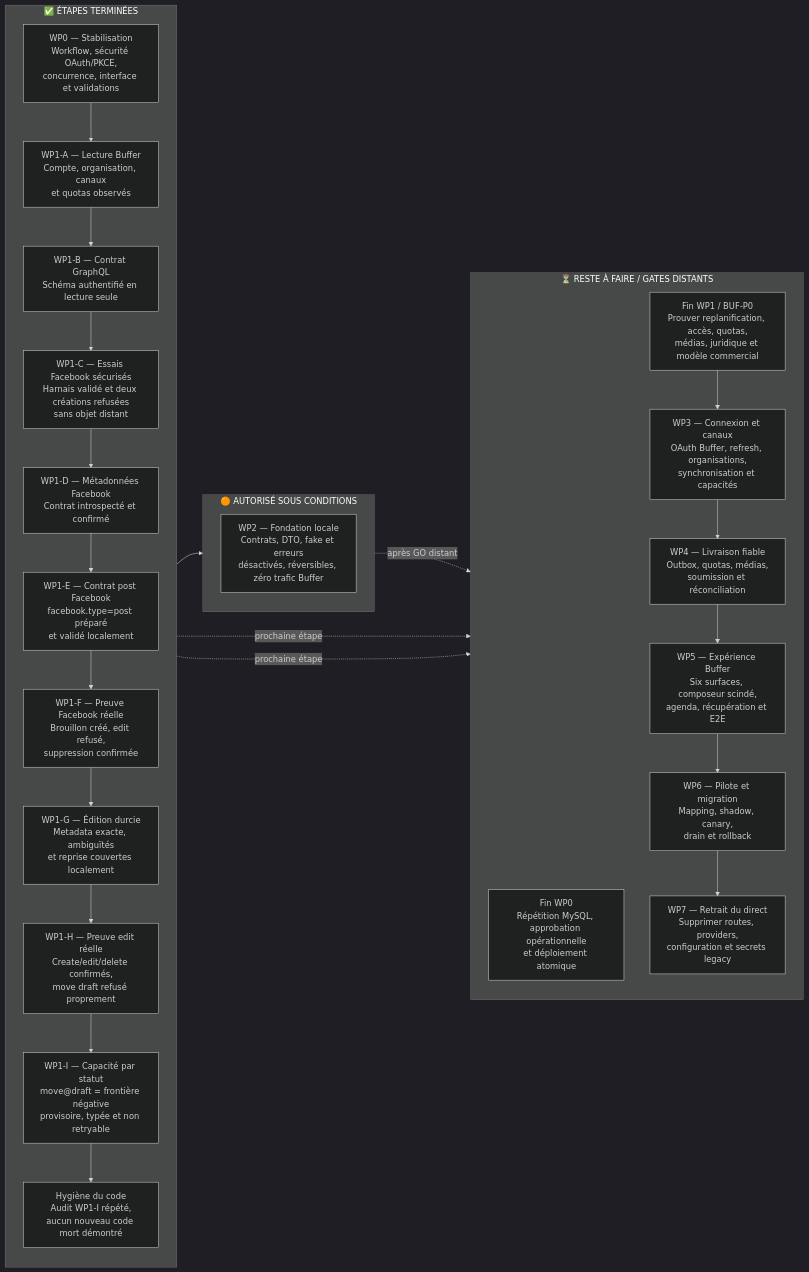
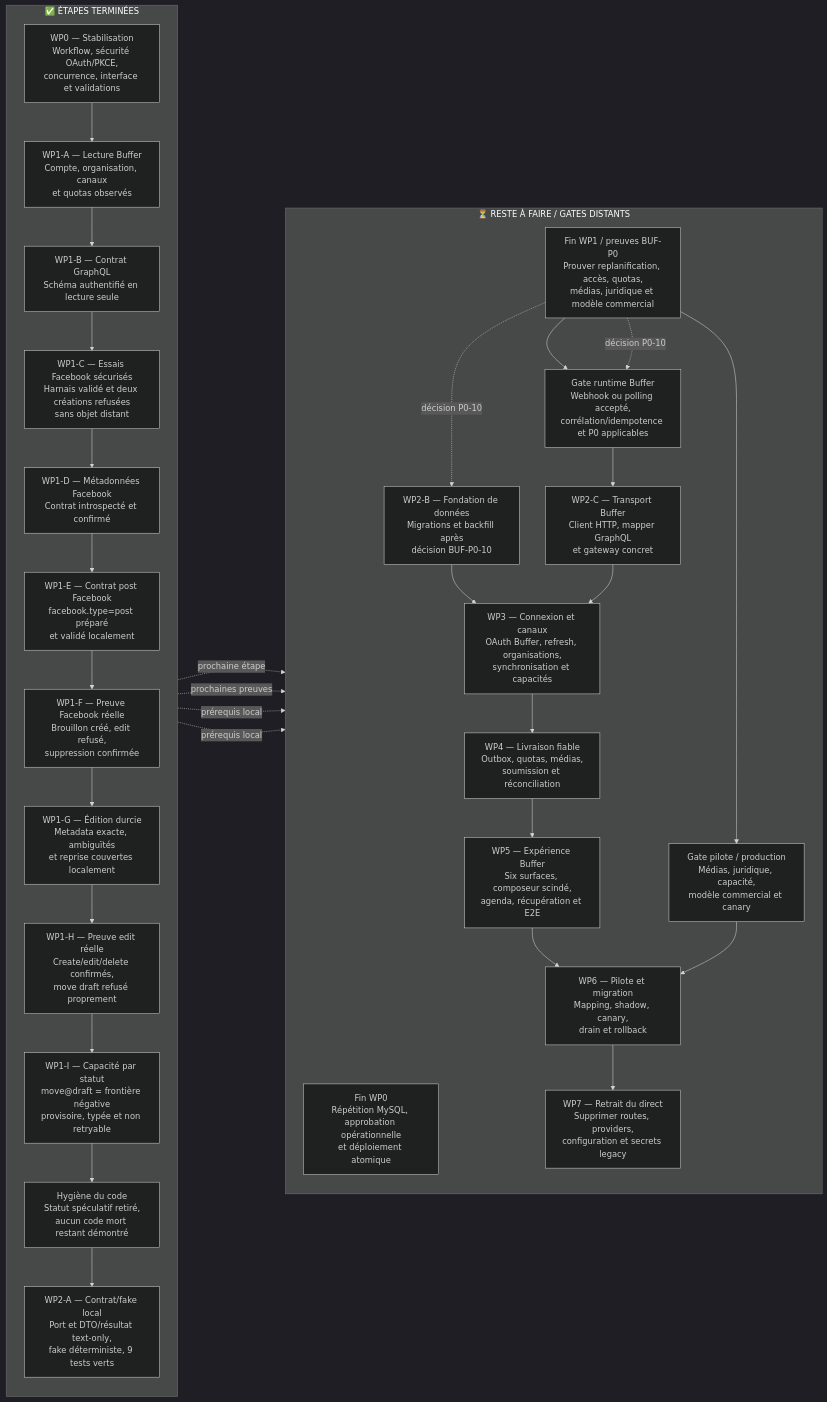
Before and after one commit to Lenenba/mlkpro_v3: the diagram in docs/MALIKIA_PULSE_AVANCEMENT_VISUEL.md, drawn with Mermaid (dark theme). The commit also changed other lines of this file and 7 other files, not shown here.

````diff
--- a/docs/MALIKIA_PULSE_AVANCEMENT_VISUEL.md
+++ b/docs/MALIKIA_PULSE_AVANCEMENT_VISUEL.md
@@ -5,43 +5,50 @@
 ```mermaid
 flowchart LR
     subgraph DONE["✅ ÉTAPES TERMINÉES"]
         direction TB
         D0["WP0 — Stabilisation<br/>Workflow, sécurité OAuth/PKCE,<br/>concurrence, interface et validations"]
         D1A["WP1-A — Lecture Buffer<br/>Compte, organisation, canaux<br/>et quotas observés"]
         D1B["WP1-B — Contrat GraphQL<br/>Schéma authentifié en lecture seule"]
         D1C["WP1-C — Essais Facebook sécurisés<br/>Harnais validé et deux créations refusées<br/>sans objet distant"]
         D1D["WP1-D — Métadonnées Facebook<br/>Contrat introspecté et confirmé"]
         D1E["WP1-E — Contrat post Facebook<br/>facebook.type=post préparé<br/>et validé localement"]
         D1F["WP1-F — Preuve Facebook réelle<br/>Brouillon créé, edit refusé,<br/>suppression confirmée"]
         D1G["WP1-G — Édition durcie<br/>Metadata exacte, ambiguïtés<br/>et reprise couvertes localement"]
         D1H["WP1-H — Preuve edit réelle<br/>Create/edit/delete confirmés,<br/>move draft refusé proprement"]
         D1I["WP1-I — Capacité par statut<br/>move@draft = frontière négative<br/>provisoire, typée et non retryable"]
-        DQ["Hygiène du code<br/>Audit WP1-I répété,<br/>aucun nouveau code mort démontré"]
+        DQ["Hygiène du code<br/>Statut spéculatif retiré,<br/>aucun code mort restant démontré"]
+        D2["WP2-A — Contrat/fake local<br/>Port et DTO/résultat text-only,<br/>fake déterministe, 9 tests verts"]
 
-        D0 --> D1A --> D1B --> D1C --> D1D --> D1E --> D1F --> D1G --> D1H --> D1I --> DQ
-    end
-
-    subgraph CONDITIONAL["🟠 AUTORISÉ SOUS CONDITIONS"]
-        direction TB
-        C2["WP2 — Fondation locale<br/>Contrats, DTO, fake et erreurs<br/>désactivés, réversibles, zéro trafic Buffer"]
+        D0 --> D1A --> D1B --> D1C --> D1D --> D1E --> D1F --> D1G --> D1H --> D1I --> DQ --> D2
     end
 
     subgraph TODO["⏳ RESTE À FAIRE / GATES DISTANTS"]
         direction TB
         T0["Fin WP0<br/>Répétition MySQL, approbation opérationnelle<br/>et déploiement atomique"]
-        T1["Fin WP1 / BUF-P0<br/>Prouver replanification, accès, quotas,<br/>médias, juridique et modèle commercial"]
+        T1["Fin WP1 / preuves BUF-P0<br/>Prouver replanification, accès, quotas,<br/>médias, juridique et modèle commercial"]
+        GR["Gate runtime Buffer<br/>Webhook ou polling accepté,<br/>corrélation/idempotence et P0 applicables"]
+        GP["Gate pilote / production<br/>Médias, juridique, capacité,<br/>modèle commercial et canary"]
+        T2B["WP2-B — Fondation de données<br/>Migrations et backfill après<br/>décision BUF-P0-10"]
+        T2C["WP2-C — Transport Buffer<br/>Client HTTP, mapper GraphQL<br/>et gateway concret"]
         T3["WP3 — Connexion et canaux<br/>OAuth Buffer, refresh, organisations,<br/>synchronisation et capacités"]
         T4["WP4 — Livraison fiable<br/>Outbox, quotas, médias,<br/>soumission et réconciliation"]
         T5["WP5 — Expérience Buffer<br/>Six surfaces, composeur scindé,<br/>agenda, récupération et E2E"]
         T6["WP6 — Pilote et migration<br/>Mapping, shadow, canary,<br/>drain et rollback"]
         T7["WP7 — Retrait du direct<br/>Supprimer routes, providers,<br/>configuration et secrets legacy"]
 
-        T1 --> T3
+        T1 --> GR
+        T1 --> GP
+        T1 -. décision P0-10 .-> GR
+        GR --> T2C
+        T2B --> T3
+        T2C --> T3
         T3 --> T4 --> T5 --> T6 --> T7
+        GP --> T6
     end
 
-    DQ -. prochaine étape .-> T0
-    DQ -. prochaine étape .-> T1
-    DQ --> C2
-    C2 -. après GO distant .-> T3
+    D2 -. prochaine étape .-> T0
+    D2 -. prochaines preuves .-> T1
+    D2 -. prérequis local .-> T2B
+    D2 -. prérequis local .-> T2C
+    T1 -. décision P0-10 .-> T2B
 ```
````
